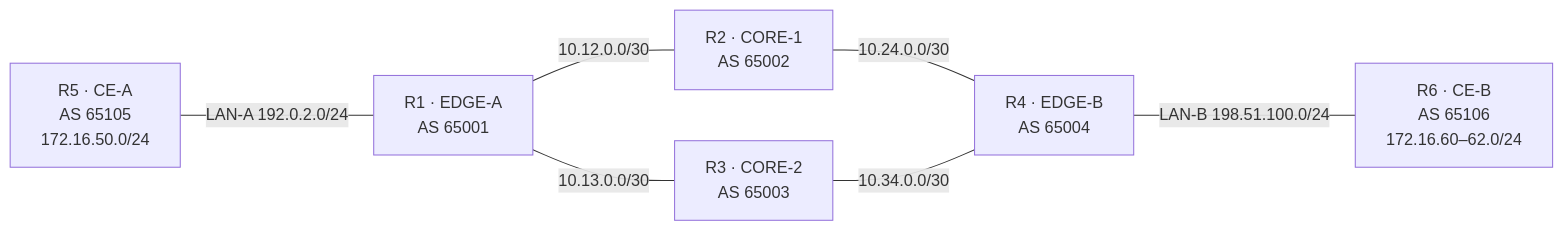
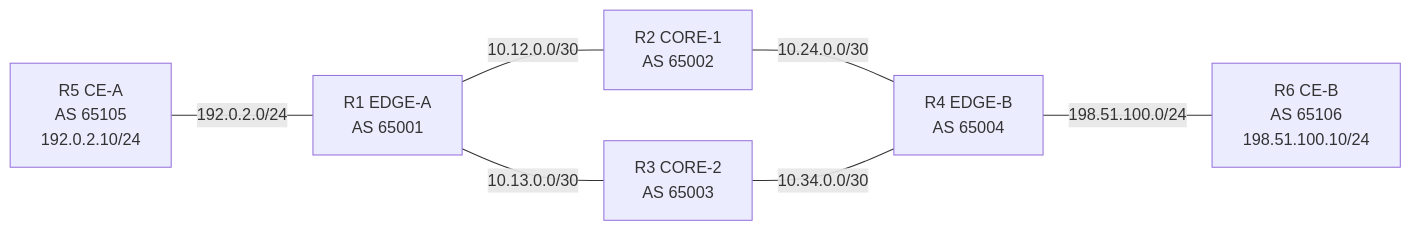
Before and after one commit to nelto79/jncip: the first of 5 diagrams in docs/chapters/JUNOS_Rozdzial_08_Routing_Policy_and_Firewall_Filters.md, drawn with Mermaid. The commit also changed other lines of this file, not shown here.

````diff
--- a/docs/chapters/JUNOS_Rozdzial_08_Routing_Policy_and_Firewall_Filters.md
+++ b/docs/chapters/JUNOS_Rozdzial_08_Routing_Policy_and_Firewall_Filters.md
@@ -27,15 +28,9 @@
-```mermaid
+~~~mermaid
 flowchart LR
-    R5["R5 · CE-A<br/>AS 65105<br/>172.16.50.0/24"]
-    R1["R1 · EDGE-A<br/>AS 65001"]
-    R2["R2 · CORE-1<br/>AS 65002"]
-    R3["R3 · CORE-2<br/>AS 65003"]
-    R4["R4 · EDGE-B<br/>AS 65004"]
-    R6["R6 · CE-B<br/>AS 65106<br/>172.16.60–62.0/24"]
-    R5 ---|"LAN-A 192.0.2.0/24"| R1
-    R1 ---|"10.12.0.0/30"| R2
-    R1 ---|"10.13.0.0/30"| R3
-    R2 ---|"10.24.0.0/30"| R4
-    R3 ---|"10.34.0.0/30"| R4
-    R4 ---|"LAN-B 198.51.100.0/24"| R6
-```
+ R5["R5 CE-A<br/>AS 65105<br/>192.0.2.10/24"] ---|"192.0.2.0/24"| R1["R1 EDGE-A<br/>AS 65001"]
+ R1 ---|"10.12.0.0/30"| R2["R2 CORE-1<br/>AS 65002"]
+ R1 ---|"10.13.0.0/30"| R3["R3 CORE-2<br/>AS 65003"]
+ R2 ---|"10.24.0.0/30"| R4["R4 EDGE-B<br/>AS 65004"]
+ R3 ---|"10.34.0.0/30"| R4
+ R4 ---|"198.51.100.0/24"| R6["R6 CE-B<br/>AS 65106<br/>198.51.100.10/24"]
+~~~
````
